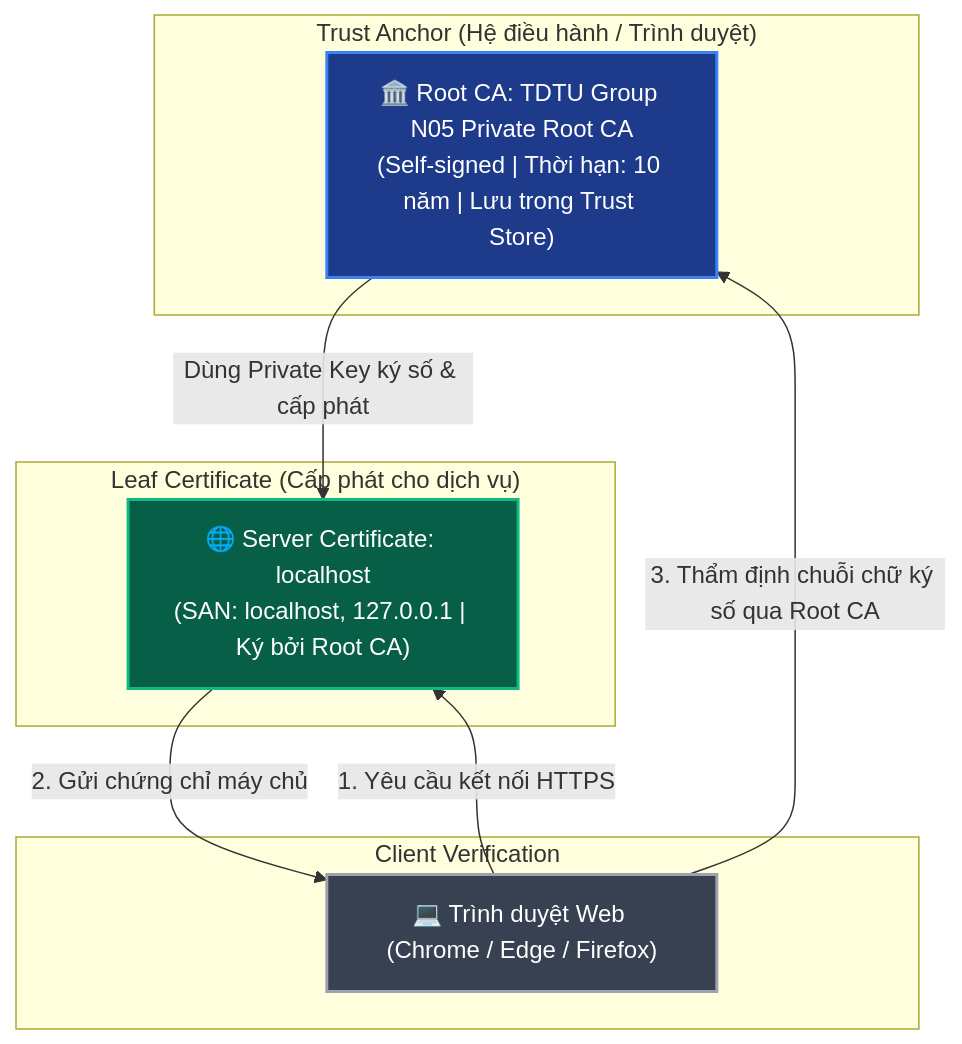
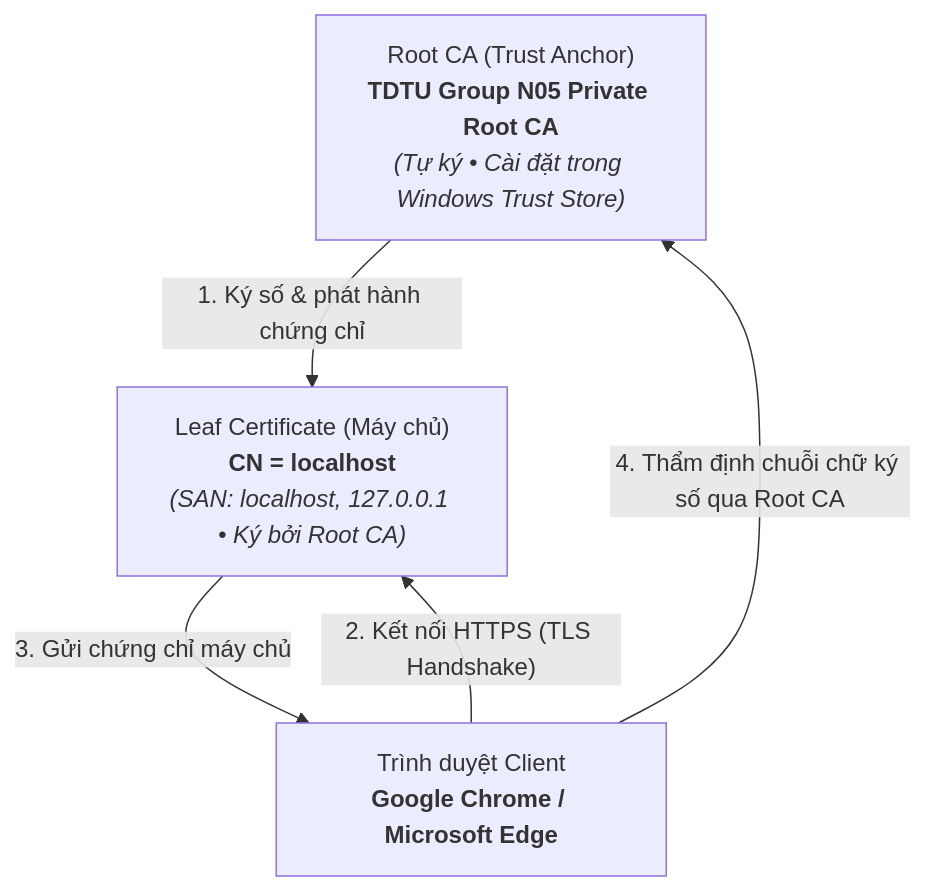
Before and after one commit to ThanhTien35/PKI-Demo-N05: the diagram in README.md, drawn with Mermaid. The commit also changed other lines of this file, not shown here.

````diff
--- a/README.md
+++ b/README.md
@@ -56,23 +56,13 @@
 ```mermaid
-graph TD
-    classDef ca fill:#1e3a8a,stroke:#3b82f6,stroke-width:2px,color:#ffffff;
-    classDef server fill:#065f46,stroke:#10b981,stroke-width:2px,color:#ffffff;
-    classDef client fill:#374151,stroke:#9ca3af,stroke-width:2px,color:#ffffff;
+flowchart TD
+    RootCA["Root CA (Trust Anchor)<br/><b>TDTU Group N05 Private Root CA</b><br/><i>(Tự ký • Cài đặt trong Windows Trust Store)</i>"]
+    
+    ServerCert["Leaf Certificate (Máy chủ)<br/><b>CN = localhost</b><br/><i>(SAN: localhost, 127.0.0.1 • Ký bởi Root CA)</i>"]
+    
+    Browser["Trình duyệt Client<br/><b>Google Chrome / Microsoft Edge</b>"]
 
-    subgraph "Trust Anchor (Hệ điều hành / Trình duyệt)"
-        A["🏛️ Root CA: TDTU Group N05 Private Root CA<br/>(Self-signed | Thời hạn: 10 năm | Lưu trong Trust Store)"]:::ca
-    end
-
-    subgraph "Leaf Certificate (Cấp phát cho dịch vụ)"
-        B["🌐 Server Certificate: localhost<br/>(SAN: localhost, 127.0.0.1 | Ký bởi Root CA)"]:::server
-    end
-
-    subgraph "Client Verification"
-        C["💻 Trình duyệt Web (Chrome / Edge / Firefox)"]:::client
-    end
-
-    A -->|"Dùng Private Key ký số & cấp phát"| B
-    C -->|"1. Yêu cầu kết nối HTTPS"| B
-    B -->|"2. Gửi chứng chỉ máy chủ"| C
-    C -->|"3. Thẩm định chuỗi chữ ký số qua Root CA"| A
+    RootCA -->|"1. Ký số & phát hành chứng chỉ"| ServerCert
+    Browser -->|"2. Kết nối HTTPS (TLS Handshake)"| ServerCert
+    ServerCert -->|"3. Gửi chứng chỉ máy chủ"| Browser
+    Browser -->|"4. Thẩm định chuỗi chữ ký số qua Root CA"| RootCA
 ```
````
